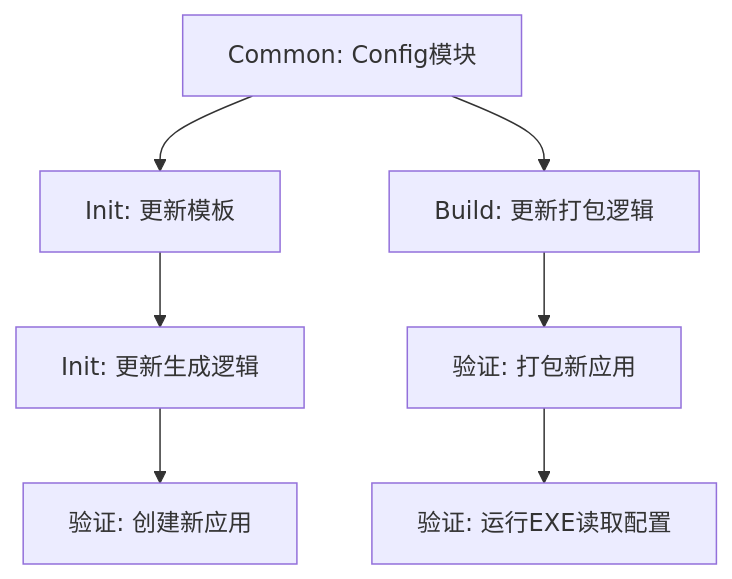
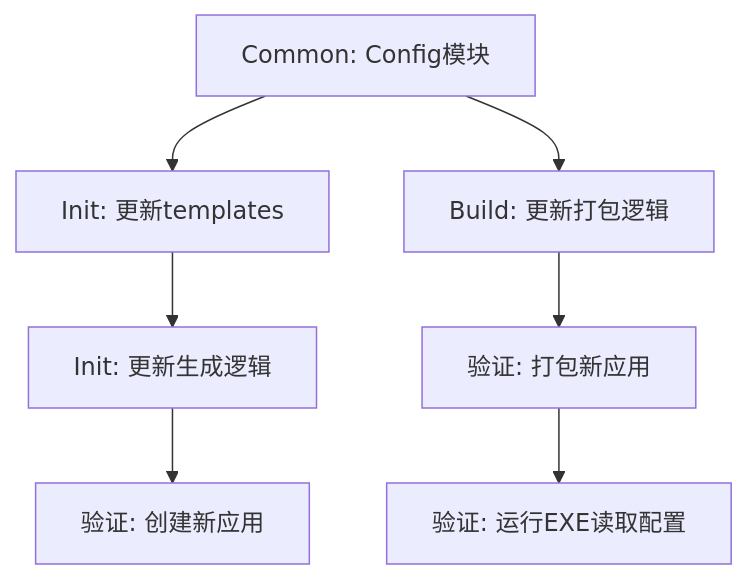
The diagram in docs/tasks/MCP交付规范升级/03_Atomize/TASK_MCP交付规范升级.md (demo112/Try_make_mcp), drawn with Mermaid before and after one commit. The commit also changed 34 other files, not shown here.

````diff
--- a/docs/tasks/MCP交付规范升级/03_Atomize/TASK_MCP交付规范升级.md
+++ b/docs/tasks/MCP交付规范升级/03_Atomize/TASK_MCP交付规范升级.md
@@ -5,9 +5,9 @@
 ```mermaid
 graph TD
-    T1[Common: Config模块] --> T2[Init: 更新模板]
+    T1[Common: Config模块] --> T2[Init: 更新templates]
     T2 --> T3[Init: 更新生成逻辑]
     T1 --> T4[Build: 更新打包逻辑]
     T3 --> T5[验证: 创建新应用]
     T4 --> T6[验证: 打包新应用]
     T6 --> T7[验证: 运行EXE读取配置]
 ```
````
